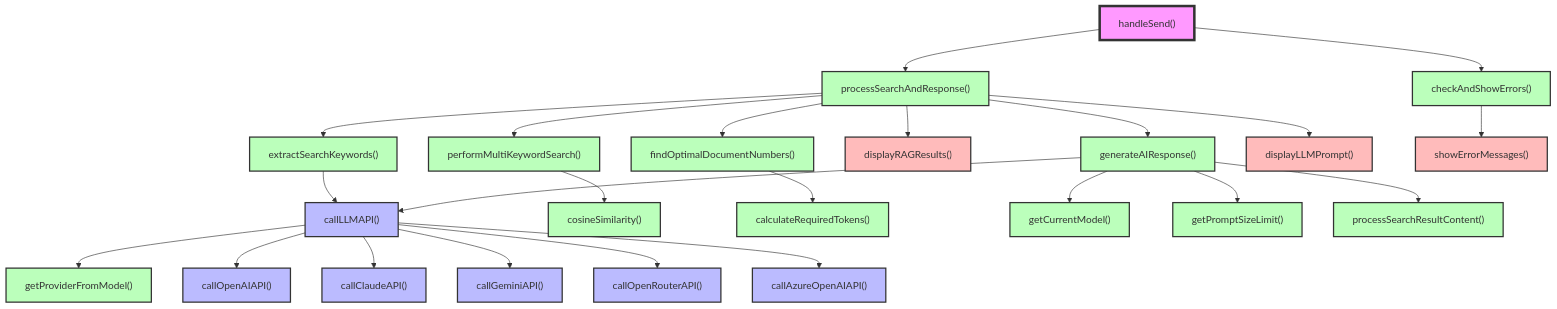
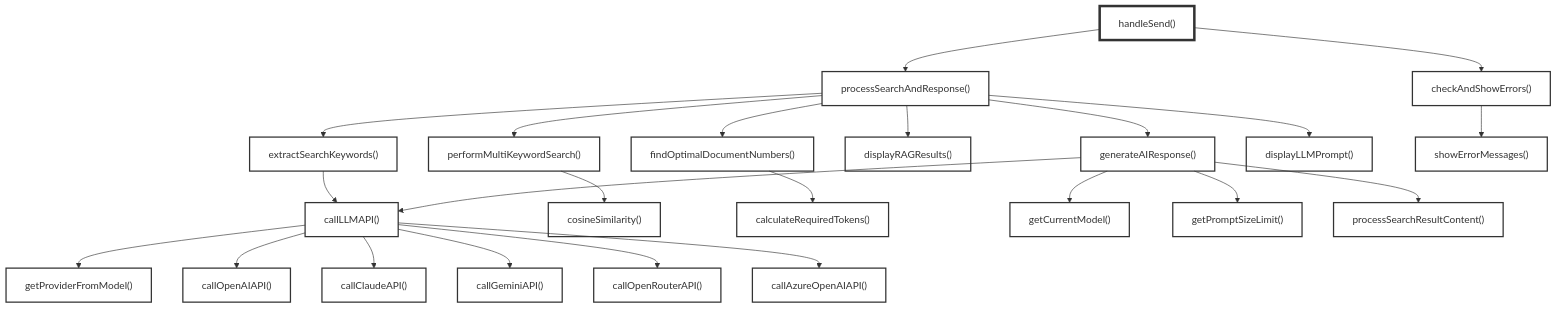
One commit to koteitan/googolbook-lm changed the third of 3 diagrams in lib/js-functions.md. Above: the diagram before and after it, drawn with Mermaid. The commit also changed other lines of this file, not shown here.

````diff
--- a/lib/js-functions.md
+++ b/lib/js-functions.md
@@ -141,41 +155,41 @@
 ```mermaid
 graph TD
     handleSend["handleSend()"]
     
     handleSend --> processSearchAndResponse["processSearchAndResponse()"]
     handleSend --> checkAndShowErrors["checkAndShowErrors()"]
     
     processSearchAndResponse --> extractSearchKeywords["extractSearchKeywords()"]
     processSearchAndResponse --> performMultiKeywordSearch["performMultiKeywordSearch()"]
     processSearchAndResponse --> findOptimalDocumentNumbers["findOptimalDocumentNumbers()"]
     processSearchAndResponse --> displayRAGResults["displayRAGResults()"]
     processSearchAndResponse --> generateAIResponse["generateAIResponse()"]
     processSearchAndResponse --> displayLLMPrompt["displayLLMPrompt()"]
     
     extractSearchKeywords --> callLLMAPI["callLLMAPI()"]
     performMultiKeywordSearch --> cosineSimilarity["cosineSimilarity()"]
     findOptimalDocumentNumbers --> calculateRequiredTokens["calculateRequiredTokens()"]
     generateAIResponse --> getCurrentModel["getCurrentModel()"]
     generateAIResponse --> getPromptSizeLimit["getPromptSizeLimit()"]
     generateAIResponse --> processSearchResultContent["processSearchResultContent()"]
     generateAIResponse --> callLLMAPI
     
     callLLMAPI --> getProviderFromModel["getProviderFromModel()"]
     callLLMAPI --> callOpenAIAPI["callOpenAIAPI()"]
     callLLMAPI --> callClaudeAPI["callClaudeAPI()"]
     callLLMAPI --> callGeminiAPI["callGeminiAPI()"]
     callLLMAPI --> callOpenRouterAPI["callOpenRouterAPI()"]
     callLLMAPI --> callAzureOpenAIAPI["callAzureOpenAIAPI()"]
     
     checkAndShowErrors --> showErrorMessages["showErrorMessages()"]
     
-    classDef entry fill:#f9f,stroke:#333,stroke-width:4px
-    classDef api fill:#bbf,stroke:#333,stroke-width:2px
-    classDef ui fill:#fbb,stroke:#333,stroke-width:2px
-    classDef search fill:#bfb,stroke:#333,stroke-width:2px
+    classDef entry fill:none,stroke:#333,stroke-width:4px
+    classDef api fill:none,stroke:#333,stroke-width:2px
+    classDef ui fill:none,stroke:#333,stroke-width:2px
+    classDef search fill:none,stroke:#333,stroke-width:2px
     
     class handleSend entry
     class callLLMAPI,callOpenAIAPI,callClaudeAPI,callGeminiAPI,callOpenRouterAPI,callAzureOpenAIAPI api
     class showErrorMessages,displayRAGResults,displayLLMPrompt ui
     class processSearchAndResponse,extractSearchKeywords,performMultiKeywordSearch,findOptimalDocumentNumbers,generateAIResponse,cosineSimilarity,calculateRequiredTokens,getCurrentModel,getPromptSizeLimit,processSearchResultContent,getProviderFromModel,checkAndShowErrors search
 ```
````
